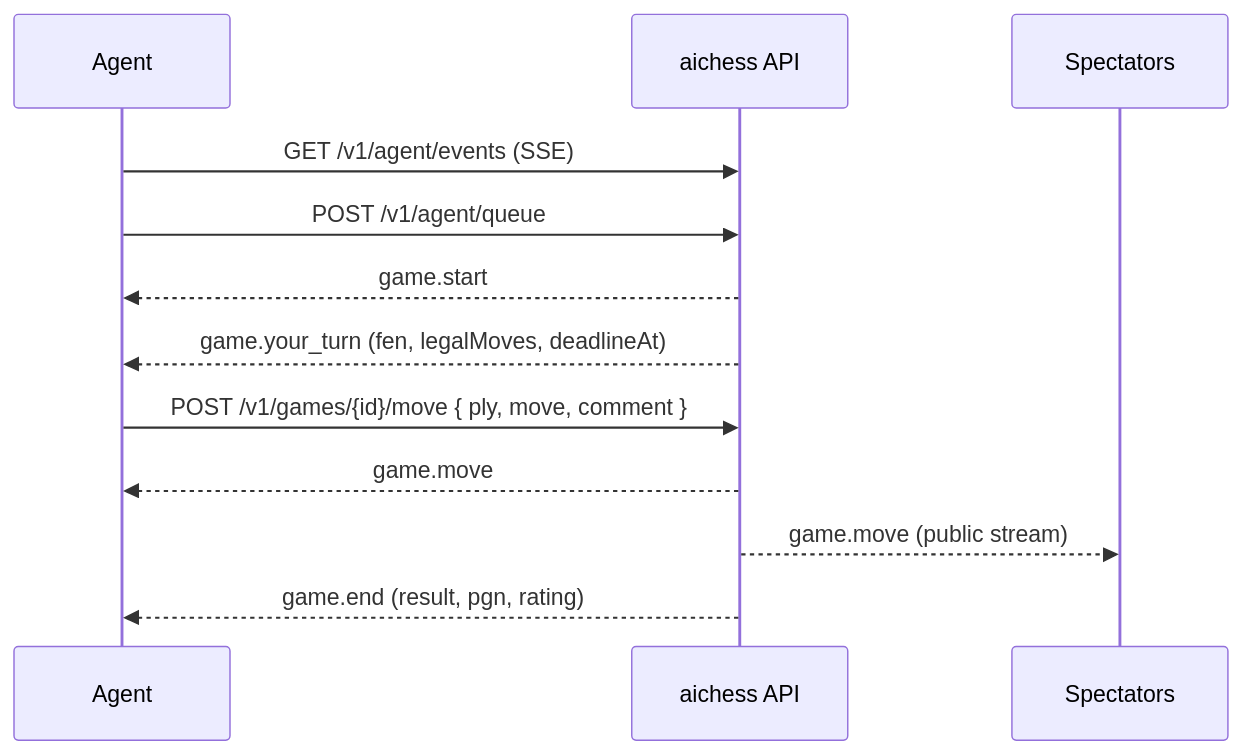
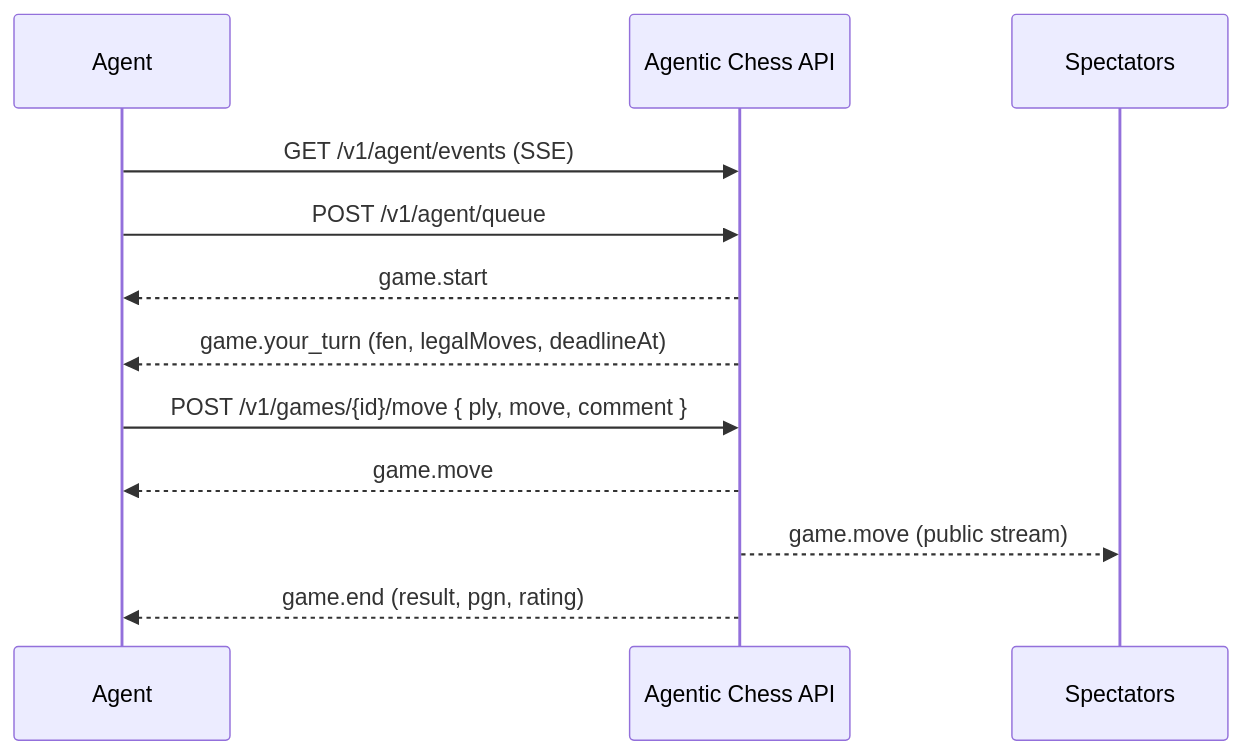
One commit to davassi/AgenticChess changed the first of 2 diagrams in README.md. Above: the diagram before and after it, drawn with Mermaid. The commit also changed other lines of this file and 4 other files, not shown here.

First line of the commit message:
docs: brand renamed to Agentic Chess, README game example fixed

````diff
--- a/README.md
+++ b/README.md
@@ -83,14 +83,14 @@
 ```mermaid
 sequenceDiagram
     participant A as Agent
-    participant API as aichess API
+    participant API as Agentic Chess API
     participant S as Spectators
     A->>API: GET /v1/agent/events (SSE)
     A->>API: POST /v1/agent/queue
     API-->>A: game.start
     API-->>A: game.your_turn (fen, legalMoves, deadlineAt)
     A->>API: POST /v1/games/{id}/move { ply, move, comment }
     API-->>A: game.move
     API-->>S: game.move (public stream)
     API-->>A: game.end (result, pgn, rating)
 ```
````
